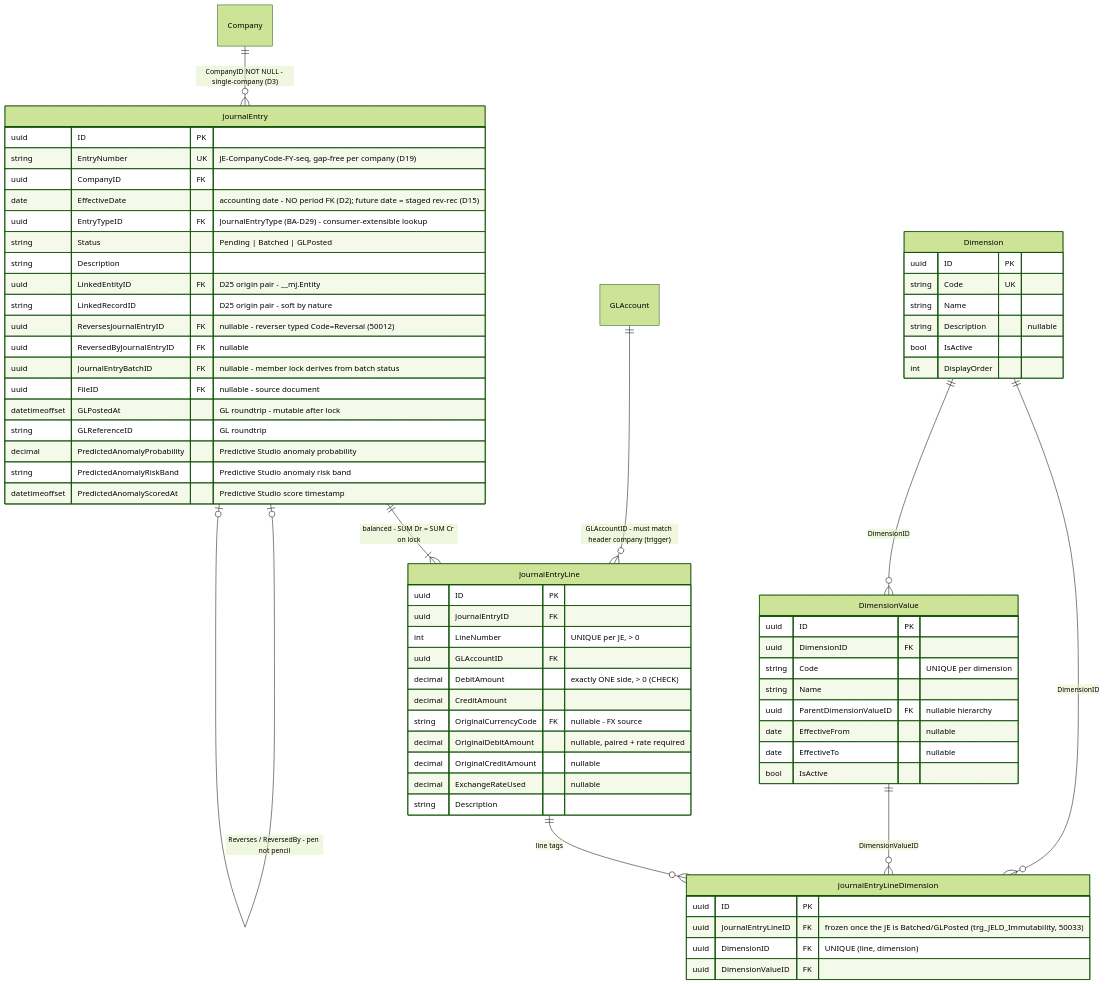
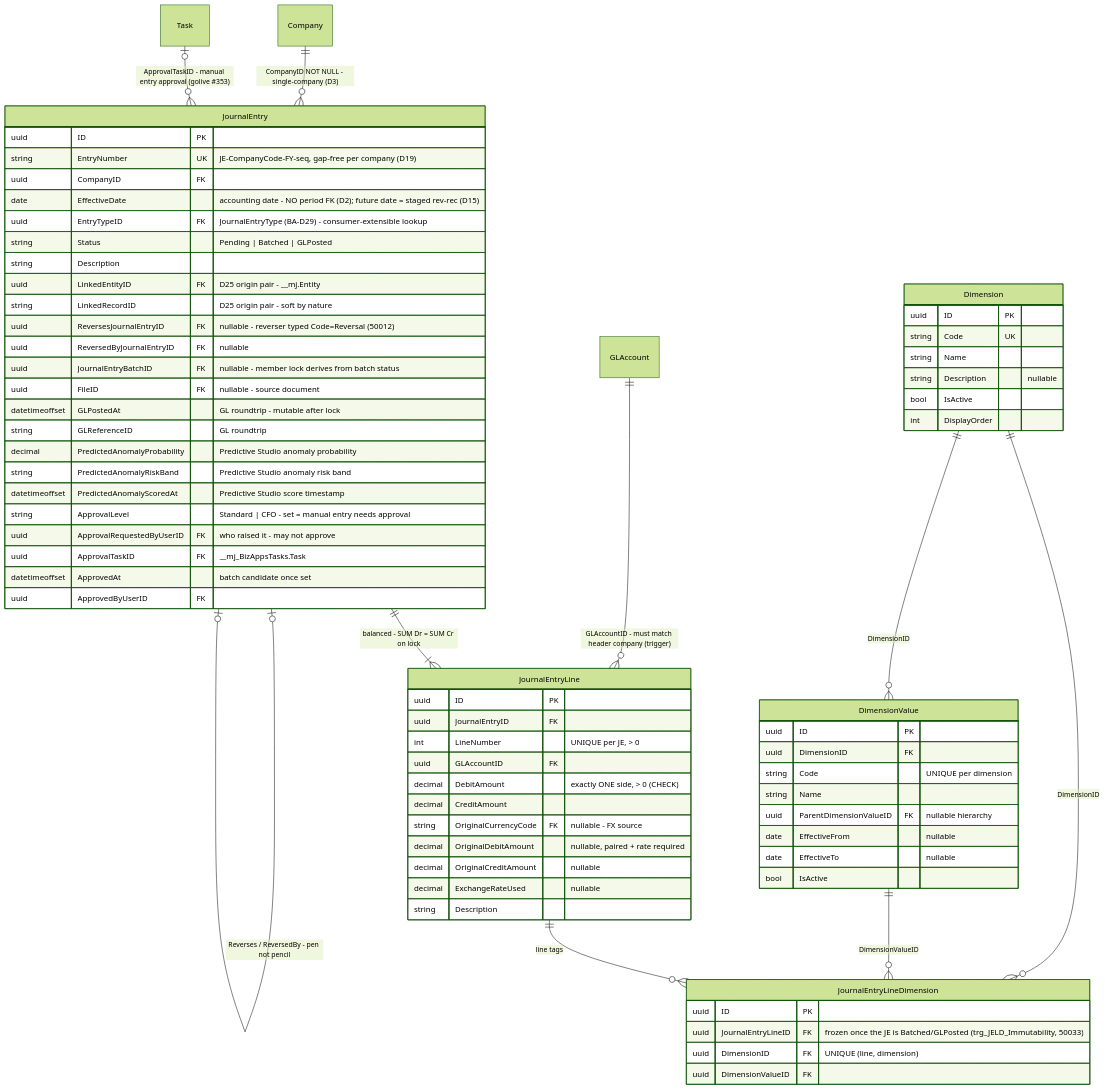
Before and after one commit to MemberJunction/bizapps-accounting: the sixth of 14 diagrams in docs/bizapps-accounting-erd.md, drawn with Mermaid (forest theme). The commit also changed other lines of this file and 23 other files, not shown here.

Commit message:
feat(accounting): approve manual journal entries before they batch (golive #353)

````diff
--- a/docs/bizapps-accounting-erd.md
+++ b/docs/bizapps-accounting-erd.md
@@ -704,69 +728,75 @@
 ```mermaid
 erDiagram
     Company ||--o{ JournalEntry : "CompanyID NOT NULL - single-company (D3)"
     JournalEntry ||--|{ JournalEntryLine : "balanced - SUM Dr = SUM Cr on lock"
     GLAccount ||--o{ JournalEntryLine : "GLAccountID - must match header company (trigger)"
     JournalEntry |o--o| JournalEntry : "Reverses / ReversedBy - pen not pencil"
+    Task |o--o{ JournalEntry : "ApprovalTaskID - manual entry approval (golive #353)"
     JournalEntryLine ||--o{ JournalEntryLineDimension : "line tags"
     Dimension ||--o{ JournalEntryLineDimension : "DimensionID"
     Dimension ||--o{ DimensionValue : "DimensionID"
     DimensionValue ||--o{ JournalEntryLineDimension : "DimensionValueID"
 
     JournalEntry {
         uuid ID PK
         string EntryNumber UK "JE-CompanyCode-FY-seq, gap-free per company (D19)"
         uuid CompanyID FK
         date EffectiveDate "accounting date - NO period FK (D2); future date = staged rev-rec (D15)"
         uuid EntryTypeID FK "JournalEntryType (BA-D29) - consumer-extensible lookup"
         string Status "Pending | Batched | GLPosted"
         string Description
         uuid LinkedEntityID FK "D25 origin pair - __mj.Entity"
         string LinkedRecordID "D25 origin pair - soft by nature"
         uuid ReversesJournalEntryID FK "nullable - reverser typed Code=Reversal (50012)"
         uuid ReversedByJournalEntryID FK "nullable"
         uuid JournalEntryBatchID FK "nullable - member lock derives from batch status"
         uuid FileID FK "nullable - source document"
         datetimeoffset GLPostedAt "GL roundtrip - mutable after lock"
         string GLReferenceID "GL roundtrip"
         decimal PredictedAnomalyProbability "Predictive Studio anomaly probability"
         string PredictedAnomalyRiskBand "Predictive Studio anomaly risk band"
         datetimeoffset PredictedAnomalyScoredAt "Predictive Studio score timestamp"
+        string ApprovalLevel "Standard | CFO - set = manual entry needs approval"
+        uuid ApprovalRequestedByUserID FK "who raised it - may not approve"
+        uuid ApprovalTaskID FK "__mj_BizAppsTasks.Task"
+        datetimeoffset ApprovedAt "batch candidate once set"
+        uuid ApprovedByUserID FK
     }
     JournalEntryLine {
         uuid ID PK
         uuid JournalEntryID FK
         int LineNumber "UNIQUE per JE, > 0"
         uuid GLAccountID FK
         decimal DebitAmount "exactly ONE side, > 0 (CHECK)"
         decimal CreditAmount
         string OriginalCurrencyCode FK "nullable - FX source"
         decimal OriginalDebitAmount "nullable, paired + rate required"
         decimal OriginalCreditAmount "nullable"
         decimal ExchangeRateUsed "nullable"
         string Description
     }
     JournalEntryLineDimension {
         uuid ID PK
         uuid JournalEntryLineID FK "frozen once the JE is Batched/GLPosted (trg_JELD_Immutability, 50033)"
         uuid DimensionID FK "UNIQUE (line, dimension)"
         uuid DimensionValueID FK
     }
     Dimension {
         uuid ID PK
         string Code UK
         string Name
         string Description "nullable"
         bool IsActive
         int DisplayOrder
     }
     DimensionValue {
         uuid ID PK
         uuid DimensionID FK
         string Code "UNIQUE per dimension"
         string Name
         uuid ParentDimensionValueID FK "nullable hierarchy"
         date EffectiveFrom "nullable"
         date EffectiveTo "nullable"
         bool IsActive
     }
 ```
````
